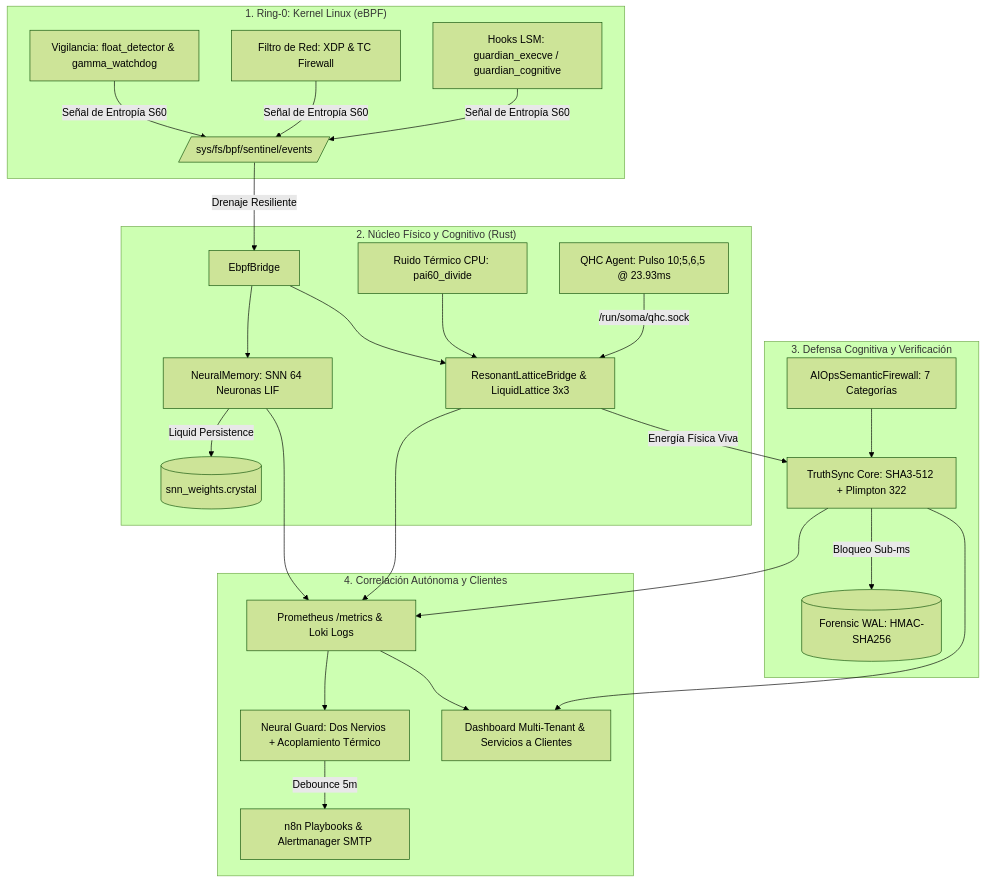
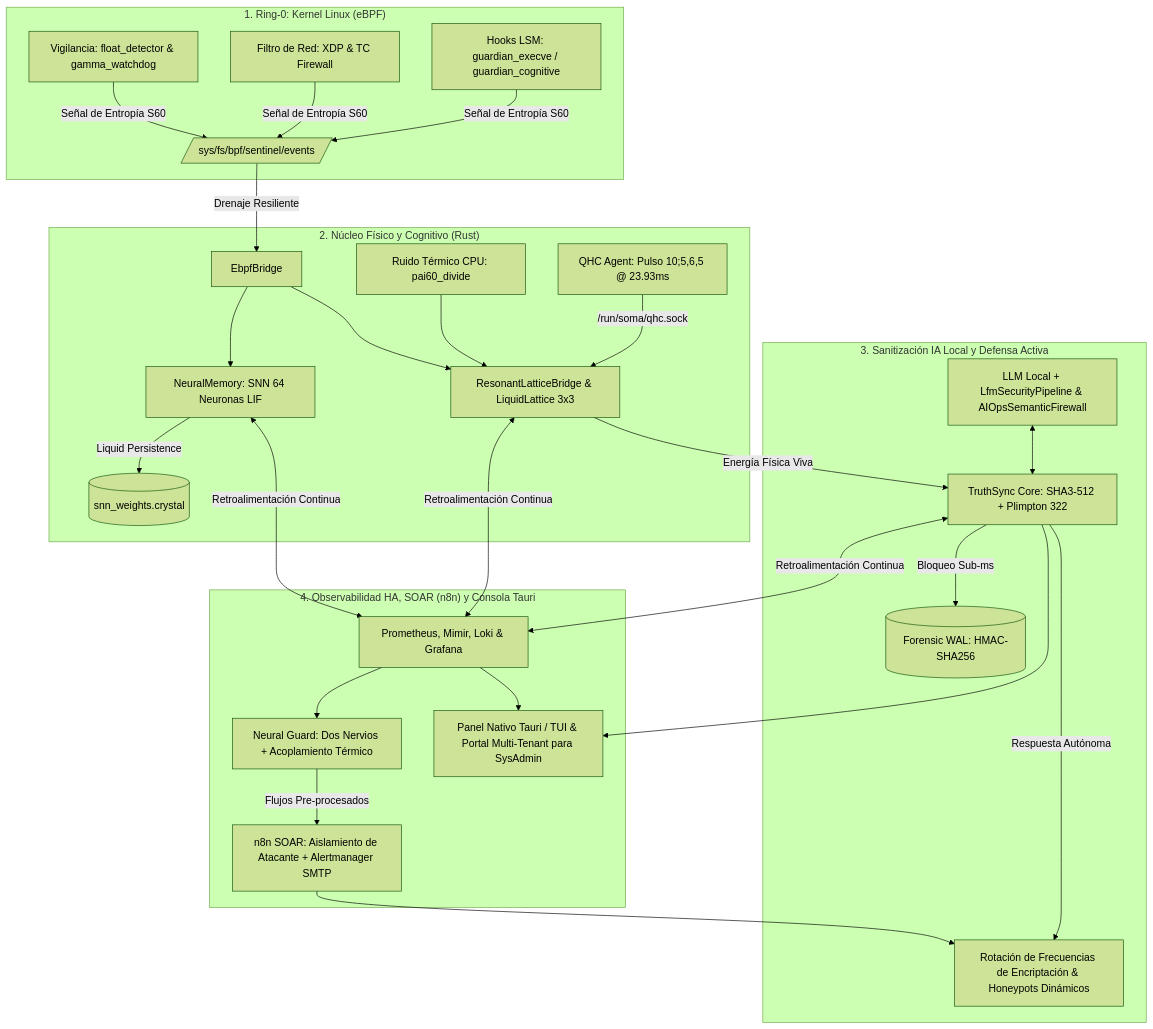
One commit to jenovoas/sentinel changed the diagram in README.md. Above: the diagram before and after it, drawn with Mermaid (forest theme). The commit also changed other lines of this file, not shown here.

Commit message:
docs(readme): integrar arquitectura empresarial HA, retroalimentacion Mimir/Prometheus/Loki/Grafana, panel Tauri, defensa activa n8n, salto de encriptacion y honeypots dinamicos

````diff
--- a/README.md
+++ b/README.md
@@ -56,31 +58,33 @@
 ```mermaid
 flowchart TD
     subgraph Ring0 ["1. Ring-0: Kernel Linux (eBPF)"]
         A[Hooks LSM: guardian_execve / guardian_cognitive]
         B[Filtro de Red: XDP & TC Firewall]
         C[Vigilancia: float_detector & gamma_watchdog]
         A & B & C -->|Señal de Entropía S60| D[/sys/fs/bpf/sentinel/events/]
     end
 
     subgraph Core ["2. Núcleo Físico y Cognitivo (Rust)"]
         D -->|Drenaje Resiliente| E[EbpfBridge]
         F[QHC Agent: Pulso 10;5,6,5 @ 23.93ms] -->|/run/soma/qhc.sock| G[ResonantLatticeBridge & LiquidLattice 3x3]
         H[Ruido Térmico CPU: pai60_divide] --> G
         E --> G
         E --> I[NeuralMemory: SNN 64 Neuronas LIF]
         I -->|Liquid Persistence| J[(snn_weights.crystal)]
     end
 
-    subgraph Defense ["3. Defensa Cognitiva y Verificación"]
+    subgraph Defense ["3. Sanitización IA Local y Defensa Activa"]
         G -->|Energía Física Viva| K[TruthSync Core: SHA3-512 + Plimpton 322]
-        L[AIOpsSemanticFirewall: 7 Categorías] --> K
+        L[LLM Local + LfmSecurityPipeline & AIOpsSemanticFirewall] <--> K
         K -->|Bloqueo Sub-ms| M[(Forensic WAL: HMAC-SHA256)]
+        K -->|Respuesta Autónoma| R[Rotación de Frecuencias de Encriptación & Honeypots Dinámicos]
     end
 
-    subgraph Obs ["4. Correlación Autónoma y Clientes"]
-        G & I & K --> N[Prometheus /metrics & Loki Logs]
+    subgraph Obs ["4. Observabilidad HA, SOAR (n8n) y Consola Tauri"]
+        G & I & K <-->|Retroalimentación Continua| N[Prometheus, Mimir, Loki & Grafana]
         N --> O[Neural Guard: Dos Nervios + Acoplamiento Térmico]
-        O -->|Debounce 5m| P[n8n Playbooks & Alertmanager SMTP]
-        K & N --> Q[Dashboard Multi-Tenant & Servicios a Clientes]
+        O -->|Flujos Pre-procesados| P[n8n SOAR: Aislamiento de Atacante + Alertmanager SMTP]
+        P --> R
+        K & N --> Q[Panel Nativo Tauri / TUI & Portal Multi-Tenant para SysAdmin]
     end
 ```
````
